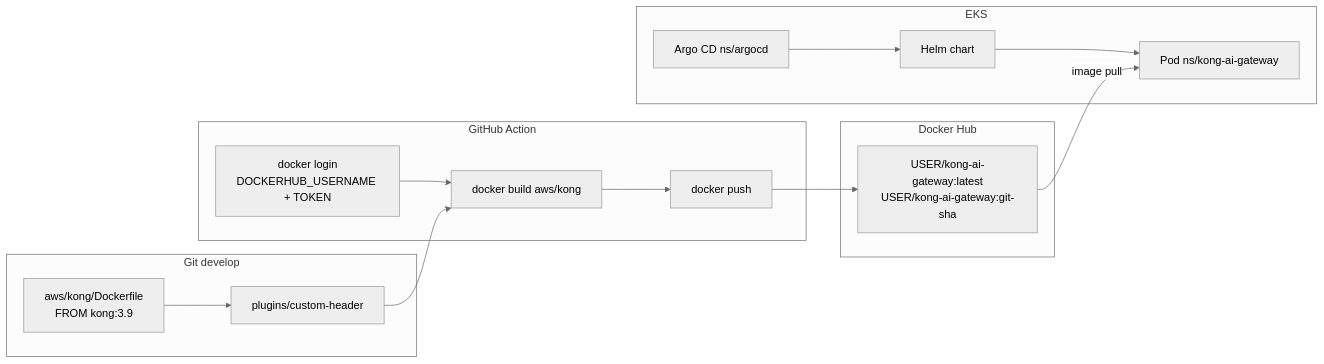
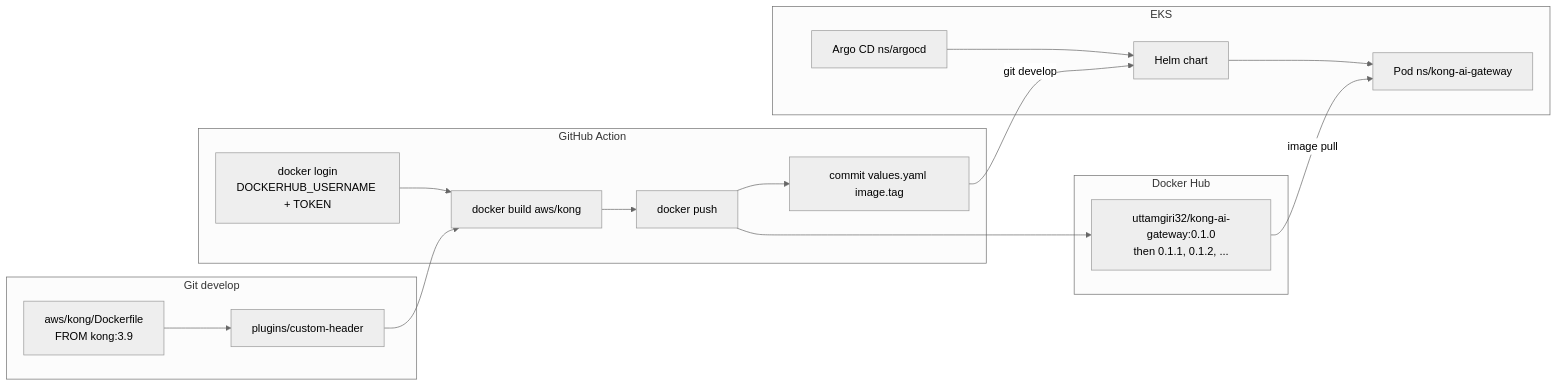
The diagram in aws/kong/PIPELINE.md (UttamGiri/kong-ai-gateway), drawn with Mermaid (neutral theme) before and after one commit. The commit also changed other lines of this file and 11 other files, not shown here.

First line of the commit message:
Pin Kong image tags with semver and write them back to Helm on each publish.

````diff
--- a/aws/kong/PIPELINE.md
+++ b/aws/kong/PIPELINE.md
@@ -9,30 +9,32 @@
 ```mermaid
 flowchart LR
     subgraph git ["Git develop"]
         DF["aws/kong/Dockerfile<br/>FROM kong:3.9"]
         PLUG["plugins/custom-header"]
         DF --> PLUG
     end
 
     subgraph gha ["GitHub Action"]
         LOGIN["docker login<br/>DOCKERHUB_USERNAME + TOKEN"]
         BUILD["docker build aws/kong"]
         PUSH["docker push"]
-        LOGIN --> BUILD --> PUSH
+        VAL["commit values.yaml image.tag"]
+        LOGIN --> BUILD --> PUSH --> VAL
     end
 
     subgraph hub ["Docker Hub"]
-        IMG["USER/kong-ai-gateway:latest<br/>USER/kong-ai-gateway:git-sha"]
+        IMG["uttamgiri32/kong-ai-gateway:0.1.0<br/>then 0.1.1, 0.1.2, ..."]
     end
 
     subgraph cluster ["EKS"]
         ARGO["Argo CD ns/argocd"]
         HELM["Helm chart"]
         POD["Pod ns/kong-ai-gateway"]
         ARGO --> HELM --> POD
     end
 
     PLUG --> BUILD
     PUSH --> IMG
+    VAL -->|"git develop"| HELM
     IMG -->|"image pull"| POD
 ```
````
